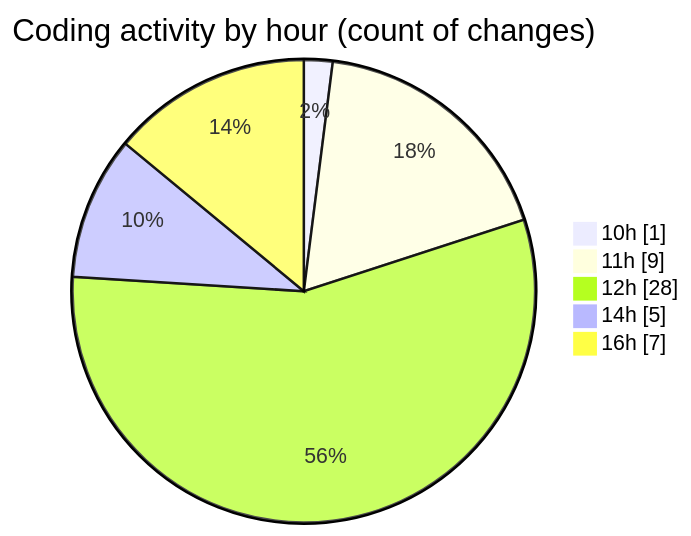
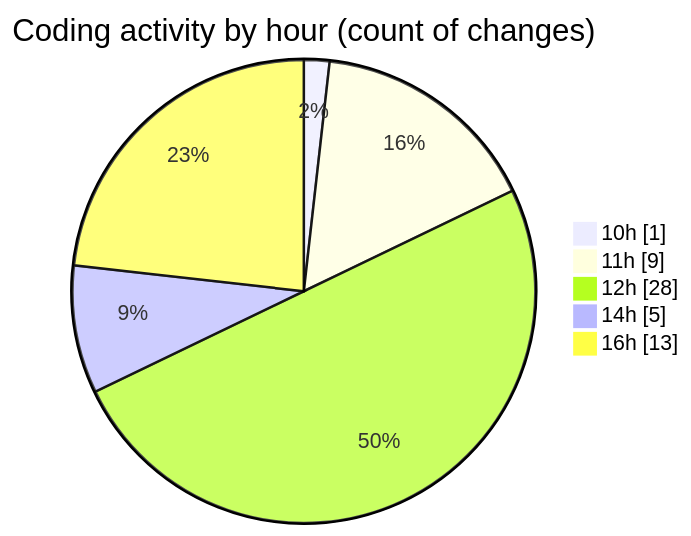
Before and after one commit to nxtqubesakshisongat/code-tracking: the second of 2 diagrams in 2025-07-10/argos/README.md, drawn with Mermaid. The commit also changed other lines of this file and 1 other file, not shown here.

````diff
--- a/2025-07-10/argos/README.md
+++ b/2025-07-10/argos/README.md
@@ -34,9 +34,9 @@
 ```mermaid
 pie showData
 title Coding activity by hour (count of changes)
 "10h" : 1
 "11h" : 9
 "12h" : 28
 "14h" : 5
-"16h" : 7
+"16h" : 13
 ```
````
